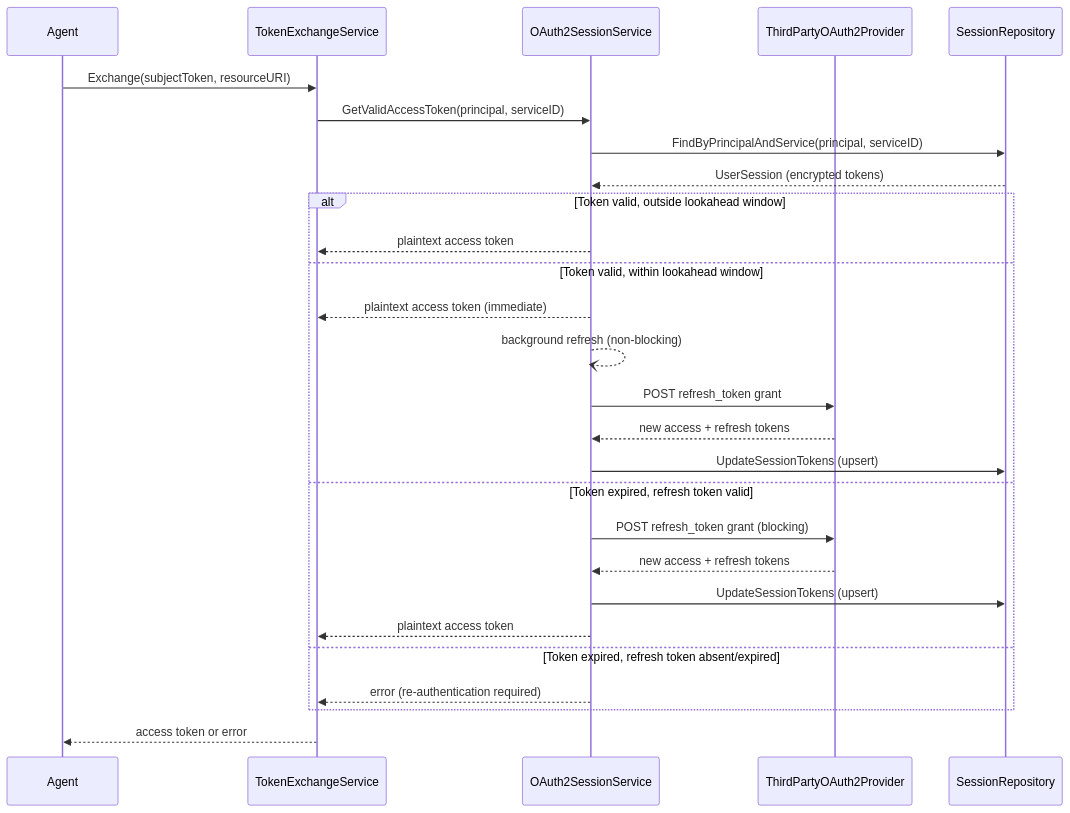
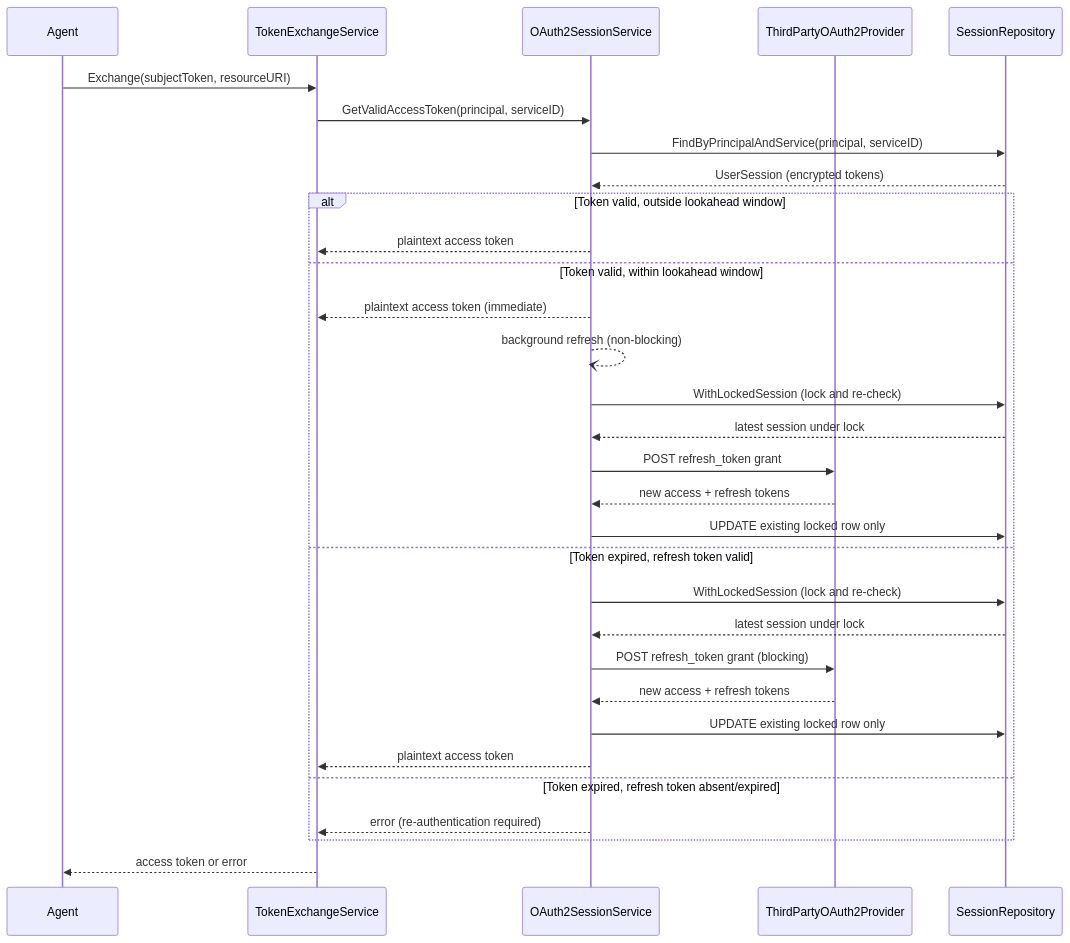
The first of 2 diagrams in specs/029-proactive-token-refresh/spec.md (zalando-incubator/agentic-identity-broker), drawn with Mermaid before and after one commit. The commit also changed other lines of this file and 9 other files, not shown here.

````diff
--- a/specs/029-proactive-token-refresh/spec.md
+++ b/specs/029-proactive-token-refresh/spec.md
@@ -104,32 +104,36 @@
 ```mermaid
 sequenceDiagram
     participant Agent
     participant TokenExchangeService
     participant OAuth2SessionService
     participant ThirdPartyOAuth2Provider
     participant SessionRepository
 
     Agent->>TokenExchangeService: Exchange(subjectToken, resourceURI)
     TokenExchangeService->>OAuth2SessionService: GetValidAccessToken(principal, serviceID)
     OAuth2SessionService->>SessionRepository: FindByPrincipalAndService(principal, serviceID)
     SessionRepository-->>OAuth2SessionService: UserSession (encrypted tokens)
 
     alt Token valid, outside lookahead window
         OAuth2SessionService-->>TokenExchangeService: plaintext access token
     else Token valid, within lookahead window
         OAuth2SessionService-->>TokenExchangeService: plaintext access token (immediate)
         OAuth2SessionService--)OAuth2SessionService: background refresh (non-blocking)
+        OAuth2SessionService->>SessionRepository: WithLockedSession (lock and re-check)
+        SessionRepository-->>OAuth2SessionService: latest session under lock
         OAuth2SessionService->>ThirdPartyOAuth2Provider: POST refresh_token grant
         ThirdPartyOAuth2Provider-->>OAuth2SessionService: new access + refresh tokens
-        OAuth2SessionService->>SessionRepository: UpdateSessionTokens (upsert)
+        OAuth2SessionService->>SessionRepository: UPDATE existing locked row only
     else Token expired, refresh token valid
+        OAuth2SessionService->>SessionRepository: WithLockedSession (lock and re-check)
+        SessionRepository-->>OAuth2SessionService: latest session under lock
         OAuth2SessionService->>ThirdPartyOAuth2Provider: POST refresh_token grant (blocking)
         ThirdPartyOAuth2Provider-->>OAuth2SessionService: new access + refresh tokens
-        OAuth2SessionService->>SessionRepository: UpdateSessionTokens (upsert)
+        OAuth2SessionService->>SessionRepository: UPDATE existing locked row only
         OAuth2SessionService-->>TokenExchangeService: plaintext access token
     else Token expired, refresh token absent/expired
         OAuth2SessionService-->>TokenExchangeService: error (re-authentication required)
     end
 
     TokenExchangeService-->>Agent: access token or error
 ```
````
